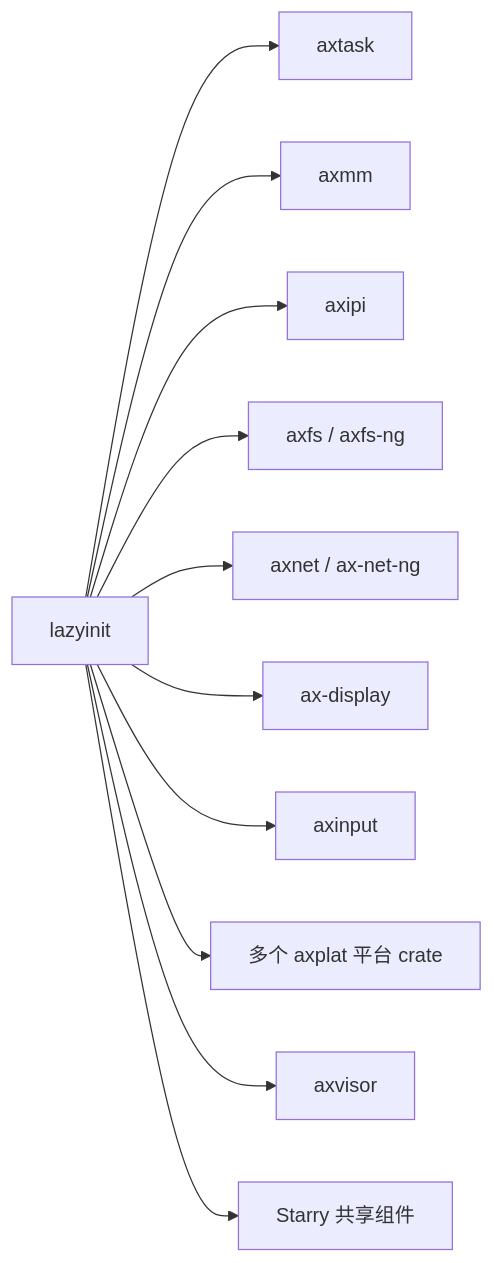
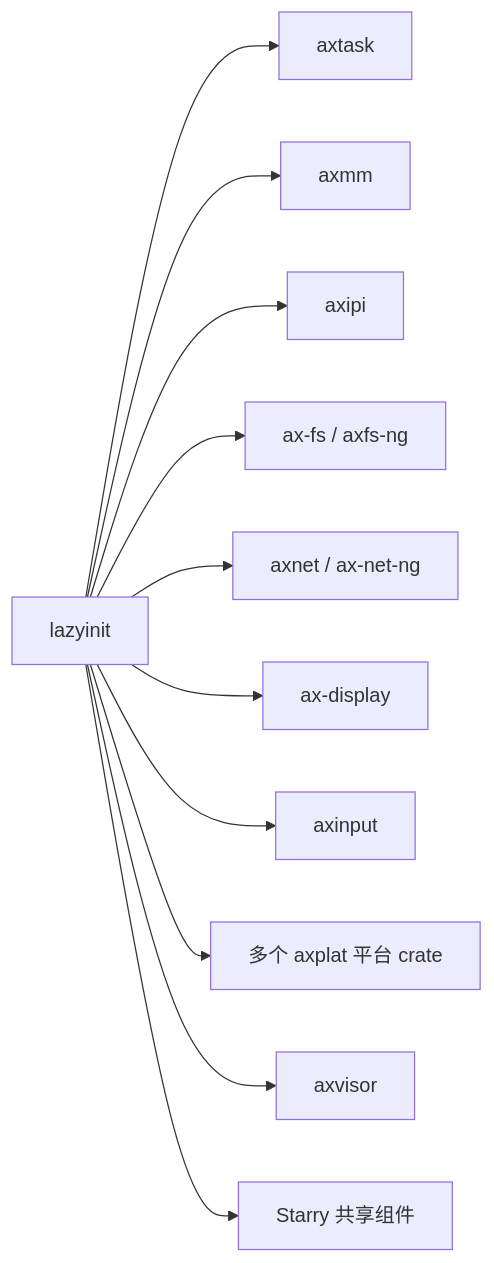
One commit to zKurisu/tgoskits changed the second of 2 diagrams in docs/crates/lazyinit.md. Above: the diagram before and after it, drawn with Mermaid. The commit also changed other lines of this file and 67 other files, not shown here.

````diff
--- a/docs/crates/lazyinit.md
+++ b/docs/crates/lazyinit.md
@@ -72,13 +72,13 @@
 ```mermaid
 graph LR
     lazyinit["lazyinit"] --> axtask["axtask"]
     lazyinit --> axmm["axmm"]
     lazyinit --> axipi["axipi"]
-    lazyinit --> axfs["axfs / axfs-ng"]
+    lazyinit --> ax-fs["ax-fs / axfs-ng"]
     lazyinit --> axnet["axnet / ax-net-ng"]
     lazyinit --> ax-display["ax-display"]
     lazyinit --> axinput["axinput"]
     lazyinit --> axplat["多个 axplat 平台 crate"]
     lazyinit --> axvisor["axvisor"]
     lazyinit --> starry["Starry 共享组件"]
 ```
````
